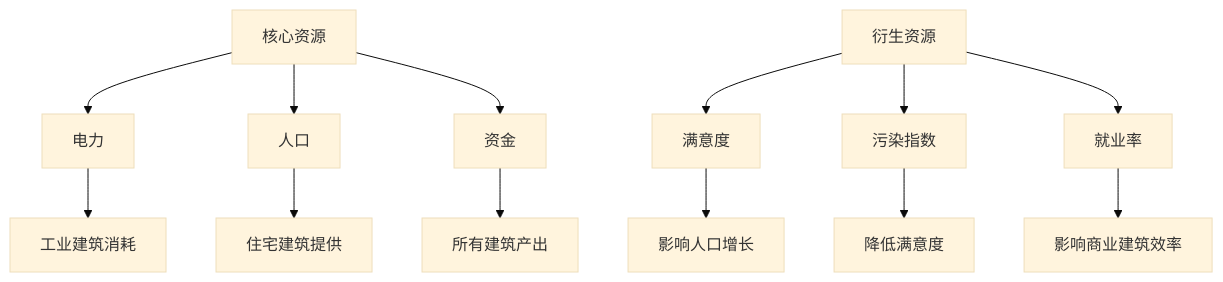
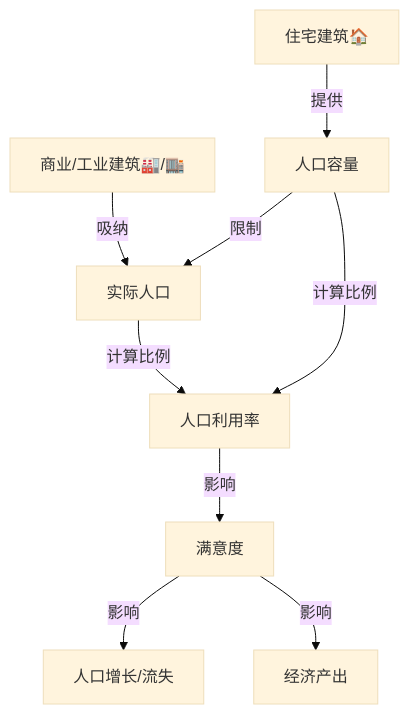
The sixth of 8 diagrams in docs/TD.md (Mu-L/CubeCity), drawn with Mermaid (base theme) before and after one commit. The commit also changed other lines of this file and 5 other files, not shown here.

````diff
--- a/docs/TD.md
+++ b/docs/TD.md
@@ -540,18 +553,10 @@
 ```mermaid
 graph TD
-    A[核心资源] --> B[电力]
-    A --> C[人口]
-    A --> D[资金]
-
-    B --> E[工业建筑消耗]
-    C --> F[住宅建筑提供]
-    D --> G[所有建筑产出]
-
-    H[衍生资源] --> I[满意度]
-    H --> J[污染指数]
-    H --> K[就业率]
-
-    I --> L[影响人口增长]
-    J --> M[降低满意度]
-    K --> N[影响商业建筑效率]
+    A[住宅建筑🏠] -- 提供 --> B[人口容量]
+    C[商业/工业建筑🏭/🏬] -- 吸纳 --> D[实际人口]
+    B -- 限制 --> D
+    D & B -- 计算比例 --> E[人口利用率]
+    E -- 影响 --> F[满意度]
+    F -- 影响 --> G[人口增长/流失]
+    F -- 影响 --> H[经济产出]
 ```
````
